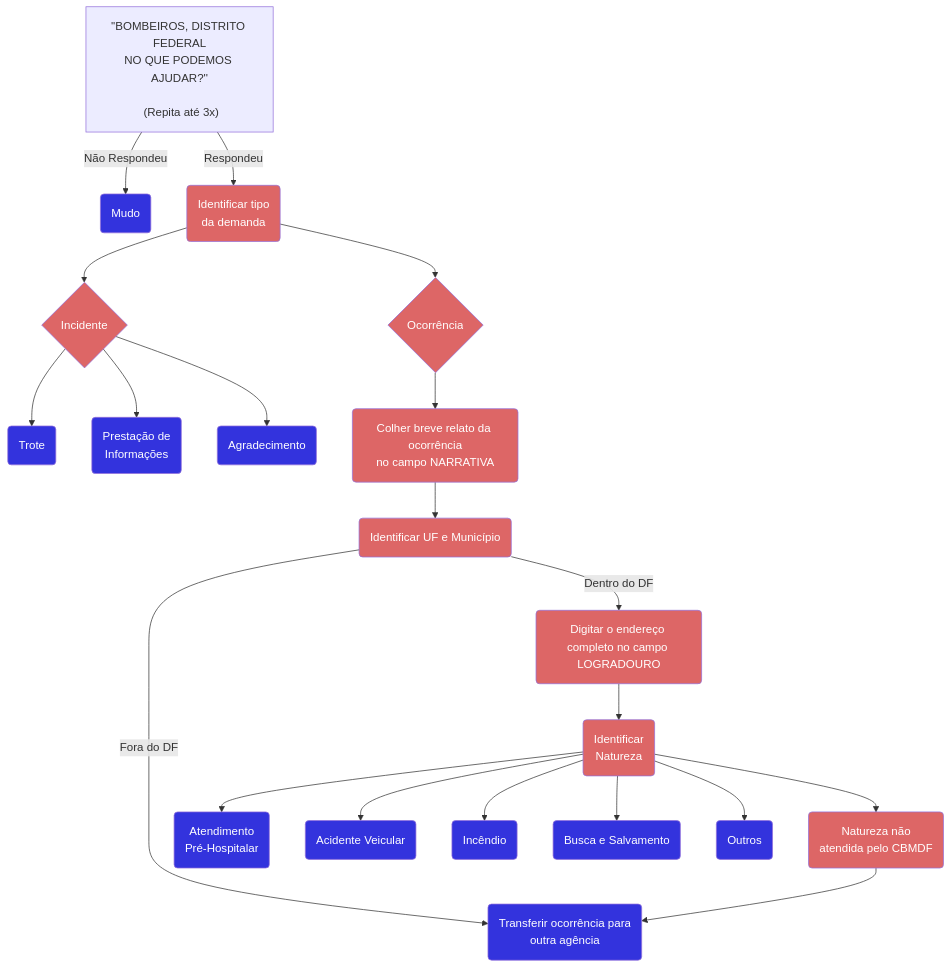
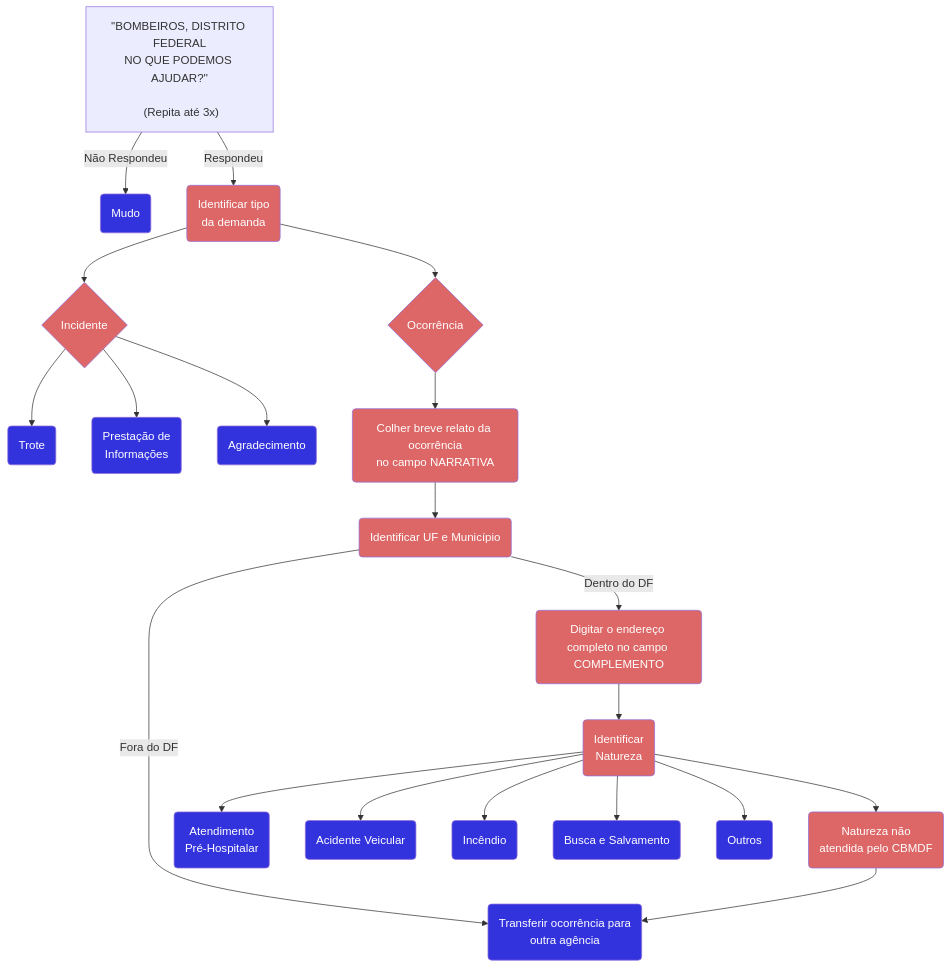
Before and after one commit to winstein27/protocolo-193: the first of 5 diagrams in docs/index.mdx, drawn with Mermaid.

Commit message:
Atualizado Complemento

````diff
--- a/docs/index.mdx
+++ b/docs/index.mdx
@@ -9,41 +9,41 @@
 ```mermaid
 graph TD;
 
     saudacao_inicial["''BOMBEIROS, DISTRITO FEDERAL\nNO QUE PODEMOS AJUDAR?''\n\n (Repita até 3x)"]-->|Não Respondeu|Mudo(Mudo):::Link
     saudacao_inicial-->|Respondeu|Identificar_tipo_chamado(Identificar tipo\nda demanda):::Atendente
     Identificar_tipo_chamado --> Classificar_incidente{Incidente}:::Atendente
     Identificar_tipo_chamado --> Classificar_ocorrencia{Ocorrência}:::Atendente
     Classificar_incidente --> Trote(Trote):::Link
     Classificar_incidente --> Prestacao_informacoes(Prestação de\nInformações):::Link
     Classificar_incidente --> Agradecimento(Agradecimento):::Link
     Classificar_ocorrencia --> Coletar_relato(Colher breve relato da ocorrência\nno campo NARRATIVA):::Atendente
     Coletar_relato --> Coletar_cidade(Identificar UF e Município):::Atendente
     Coletar_cidade --> |Fora do DF|Transferir_ocorrencia(Transferir ocorrência para\noutra agência)
-    Coletar_cidade --> |Dentro do DF|Registrar_endereco(Digitar o endereço completo no campo LOGRADOURO):::Atendente
+    Coletar_cidade --> |Dentro do DF|Registrar_endereco(Digitar o endereço completo no campo COMPLEMENTO):::Atendente
     Registrar_endereco --> 
     Identificar_grupos(Identificar\nNatureza):::Atendente
     Identificar_grupos --> Natureza_nao_atendida_pelo_CBMDF("Natureza não\natendida pelo CBMDF"):::Atendente
     Natureza_nao_atendida_pelo_CBMDF --> Transferir_ocorrencia:::Link
     Identificar_grupos --> Atendimento_pre_hospitalar(Atendimento\nPré-Hospitalar):::Link
     Identificar_grupos --> Acidente_veicular(Acidente Veicular):::Link
     Identificar_grupos --> Incendio(Incêndio):::Link
     Identificar_grupos --> Busca_salvamento(Busca e Salvamento):::Link
     Identificar_grupos --> Outros(Outros):::Link
 
     classDef Atendente fill:#d66, color:#fff
     classDef Link fill:#33d, color:#fff
 
     click Trote "#trote" "Trote"
     click Mudo "#mudo" "Mudo"
     click Agradecimento "#agradecimento" "Agradecimento"
     click Prestacao_informacoes "#prestação-de-informações" "Prestação de Informações"
     click Classificar_ocorrencia "#ocorrência" "Ocorrência"
 
     click Transferir_ocorrencia "#transferir-ocorrência" "Transferir Ocorrência"
     click Atendimento_pre_hospitalar "atendimento/atendimento_pre_hospitalar" "Atendimento Pré-Hospitalar"
     click Acidente_veicular "#acidente-veicular" "Acidente Veicular"
     click Incendio "#incêndio" "Incêndio"
     click Busca_salvamento "#busca-e-salvamento" "Busca e Salvamento"
     click Outros "#outros" "Outros"
 
 ```
````
